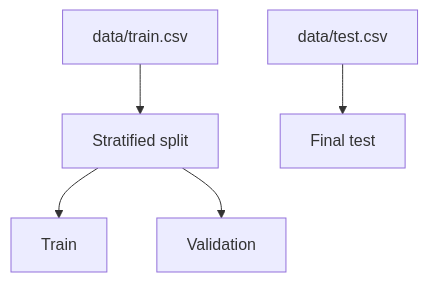
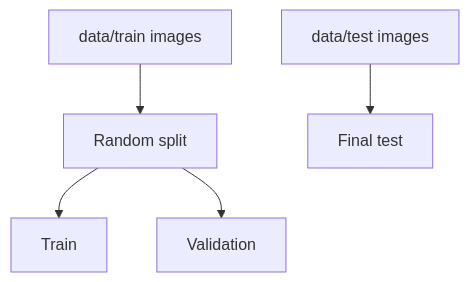
The second of 3 diagrams in docs/architecture.md (oguzhanozkaya/chess-position-recognition), drawn with Mermaid before and after one commit. The commit also changed other lines of this file and 13 other files, not shown here.

````diff
--- a/docs/architecture.md
+++ b/docs/architecture.md
@@ -55,7 +55,7 @@
 ```mermaid
 flowchart TD
-    A[data/train.csv] --> B[Stratified split]
+    A[data/train images] --> B[Random split]
     B --> C[Train]
     B --> D[Validation]
-    E[data/test.csv] --> F[Final test]
+    E[data/test images] --> F[Final test]
 ```
````
